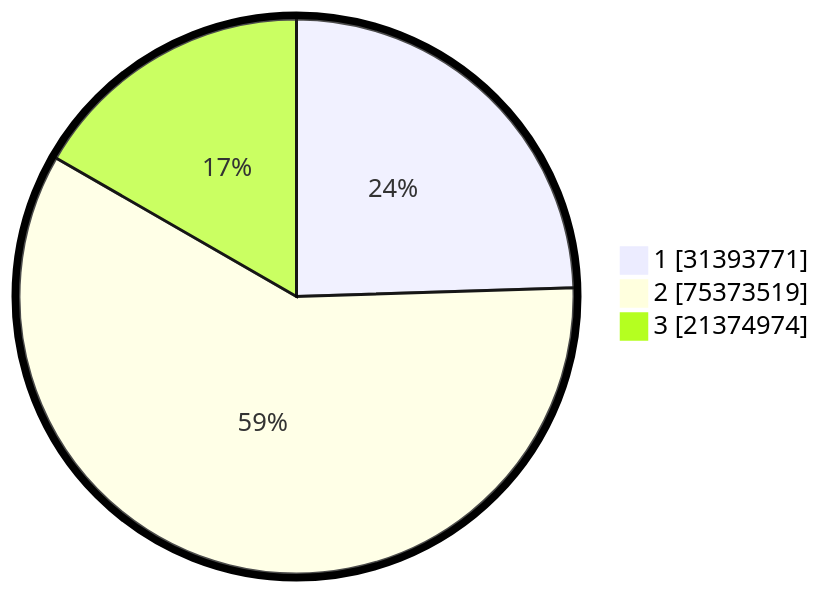
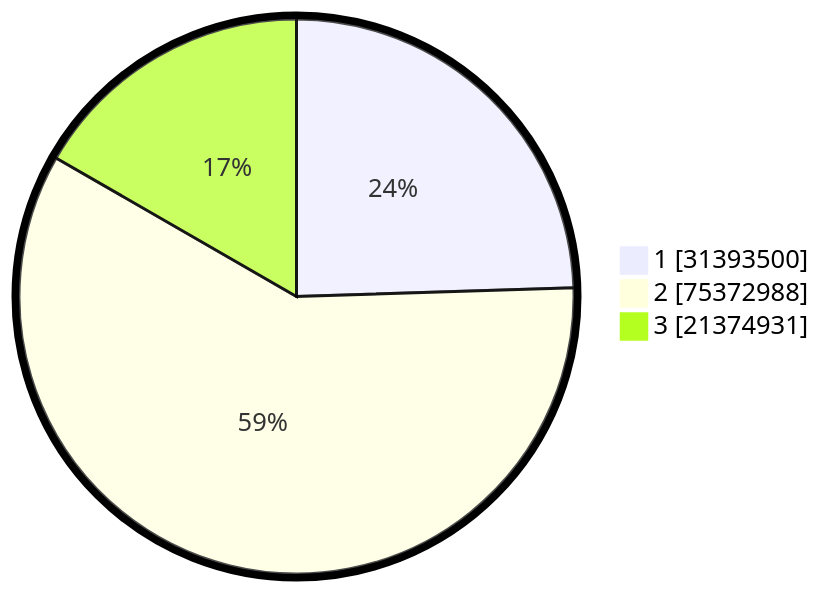
The second of 2 diagrams in pilpres/hitung-suara/README.md (gigit-pemilu/pemilu-2024), drawn with Mermaid before and after one commit. The commit also changed other lines of this file and 9 other files, not shown here.

````diff
--- a/pilpres/hitung-suara/README.md
+++ b/pilpres/hitung-suara/README.md
@@ -93,7 +93,7 @@
 ```mermaid
 %%{init: {"pie": {"textPosition": 0.5}, "themeVariables": {"pieOuterStrokeWidth": "5px"}} }%%
 pie showData
-    "1" : 31393771
-    "2" : 75373519
-    "3" : 21374974
+    "1" : 31393500
+    "2" : 75372988
+    "3" : 21374931
 ```
````
